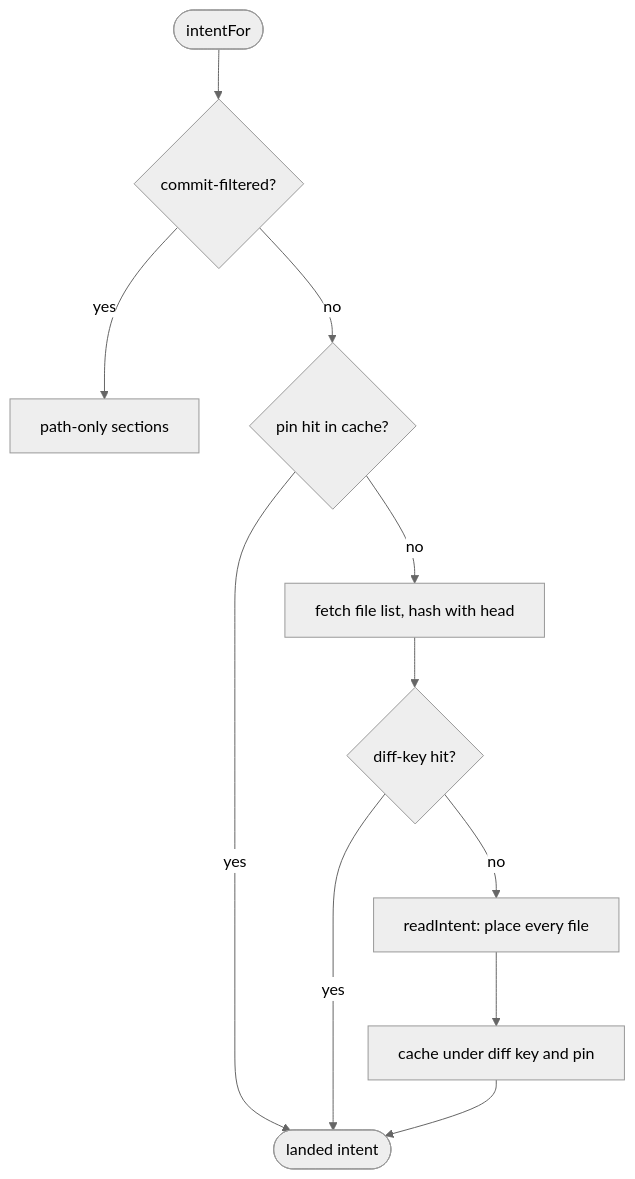
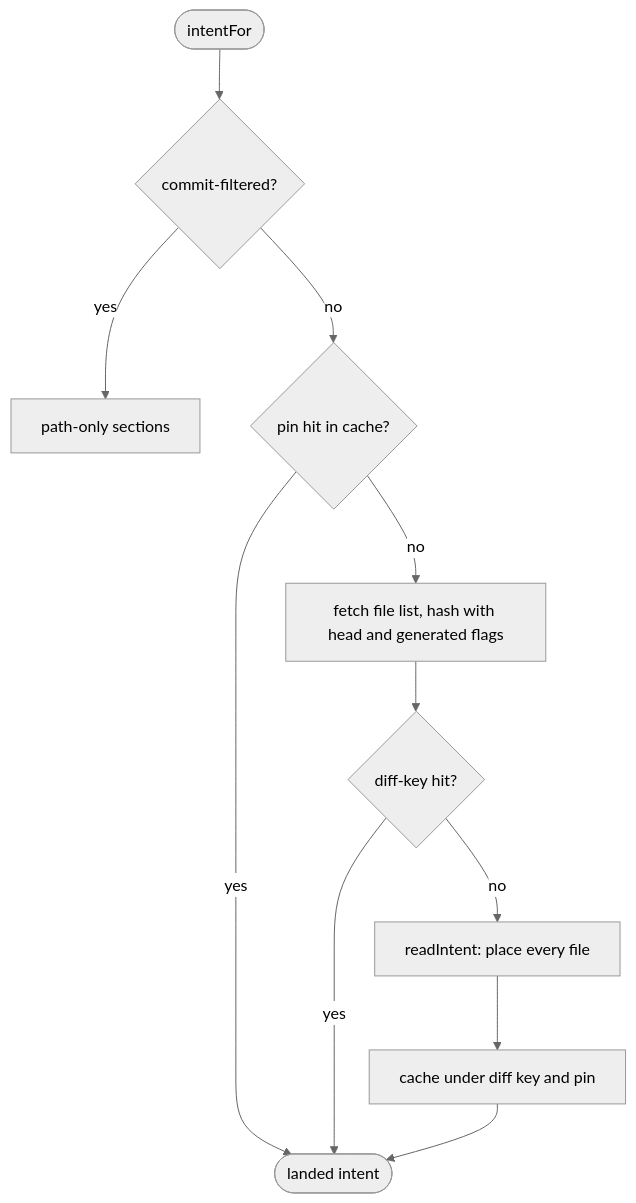
Before and after one commit to macintacos/gh-prism-extension: the second of 2 diagrams in docs/ARCHITECTURE.md, drawn with Mermaid (neutral theme). The commit also changed other lines of this file and 31 other files, not shown here.

````diff
--- a/docs/ARCHITECTURE.md
+++ b/docs/ARCHITECTURE.md
@@ -492,13 +498,13 @@
 ```mermaid
 flowchart TD
     start([intentFor]) --> filtered{commit-filtered?}
     filtered -- yes --> pathOnly[path-only sections]
     filtered -- no --> pin{pin hit in cache?}
     pin -- yes --> done([landed intent])
-    pin -- no --> list[fetch file list, hash with head]
+    pin -- no --> list[fetch file list, hash with head and generated flags]
     list --> key{diff-key hit?}
     key -- yes --> done
     key -- no --> read[readIntent: place every file]
     read --> store[cache under diff key and pin]
     store --> done
 ```
````
